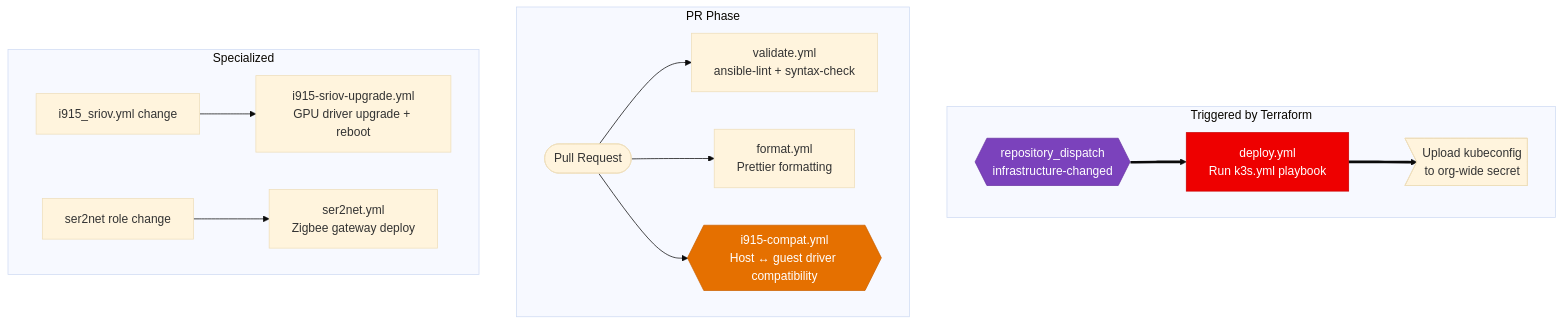
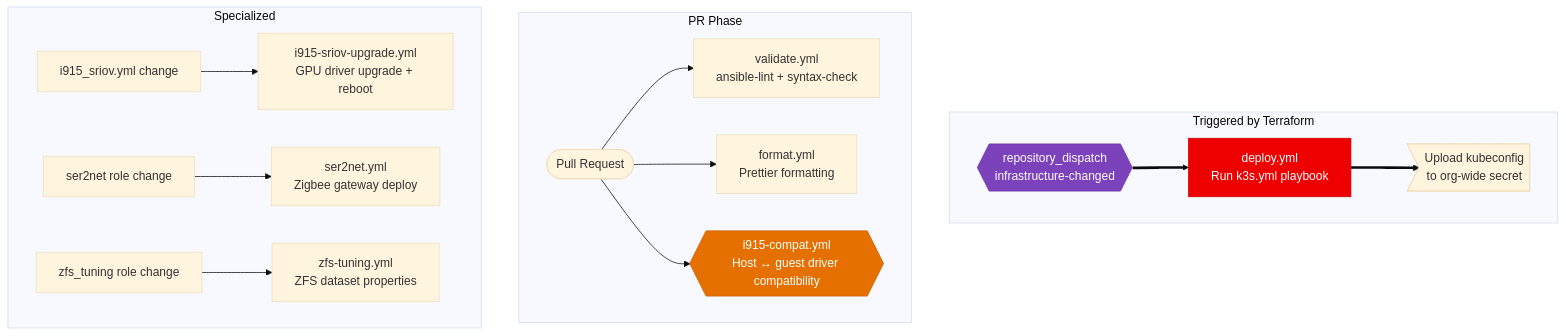
One commit to Starktastic-Homelab/ansible changed the fourth of 5 diagrams in README.md. Above: the diagram before and after it, drawn with Mermaid (base theme). The commit also changed other lines of this file and 7 other files, not shown here.

First line of the commit message:
feat(zfs): codify etcd sync-write tuning as declared state

````diff
--- a/README.md
+++ b/README.md
@@ -299,25 +329,26 @@
 ```mermaid
 flowchart TD
     subgraph triggered["Triggered by Terraform"]
         DISPATCH{{repository_dispatch\ninfrastructure-changed}} ==> DEPLOY[deploy.yml\nRun k3s.yml playbook]
         DEPLOY ==> KUBECONFIG>Upload kubeconfig\nto org-wide secret]
     end
 
     subgraph pr["PR Phase"]
         PR([Pull Request]) --> LINT[validate.yml\nansible-lint + syntax-check]
         PR --> FMT[format.yml\nPrettier formatting]
         PR --> CMP{{i915-compat.yml\nHost ↔ guest driver compatibility}}
     end
 
     subgraph special["Specialized"]
         DRV_CHANGE["i915_sriov.yml change"] --> I915[i915-sriov-upgrade.yml\nGPU driver upgrade + reboot]
         SER_CHANGE["ser2net role change"] --> SER[ser2net.yml\nZigbee gateway deploy]
+        ZFS_CHANGE["zfs_tuning role change"] --> ZFS[zfs-tuning.yml\nZFS dataset properties]
     end
 
     classDef deploy fill:#EE0000,stroke:#CC0000,color:#fff
     classDef dispatch fill:#7B42BC,stroke:#6A35A3,color:#fff
     classDef gatecheck fill:#E57000,stroke:#CC6300,color:#fff
     class DEPLOY deploy
     class DISPATCH dispatch
     class CMP gatecheck
 ```
````
